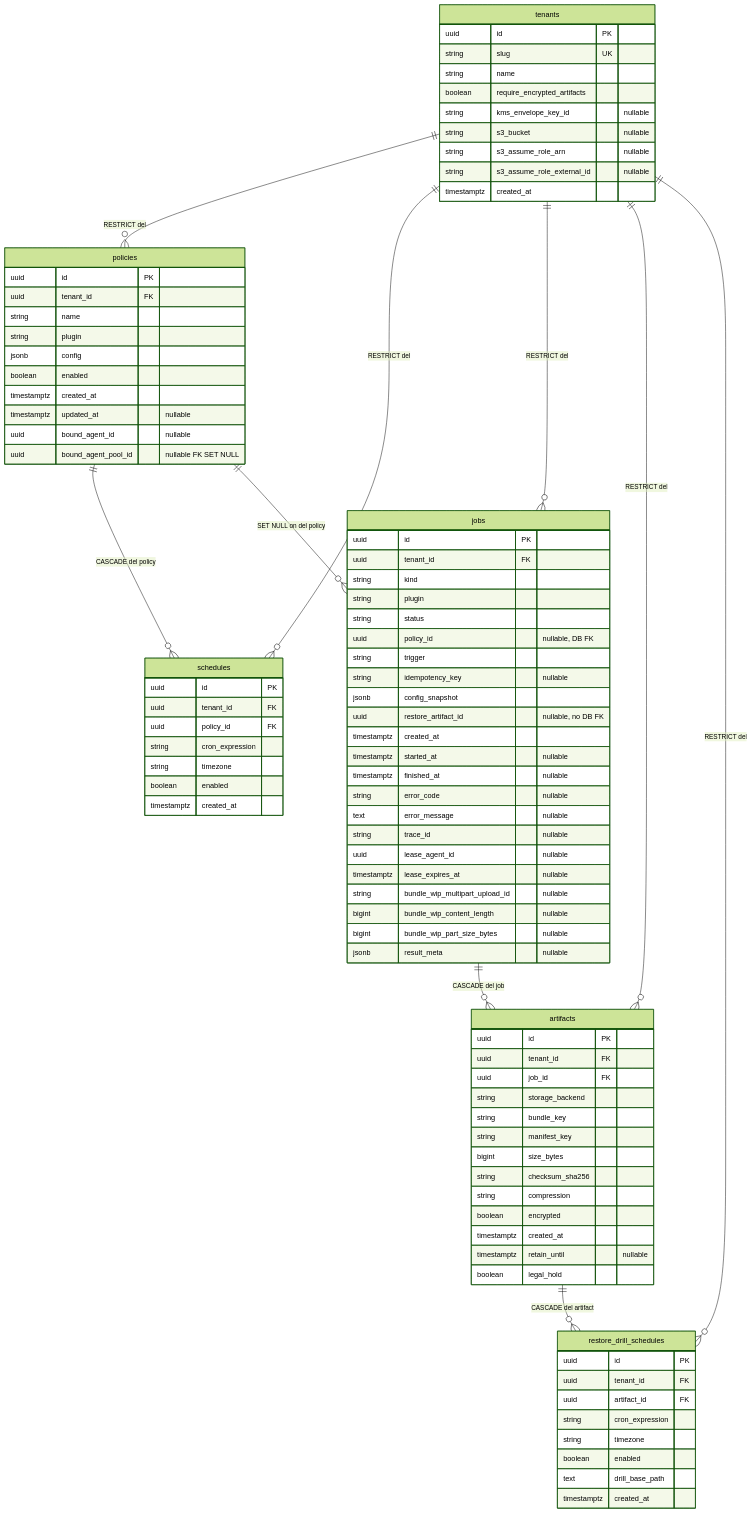
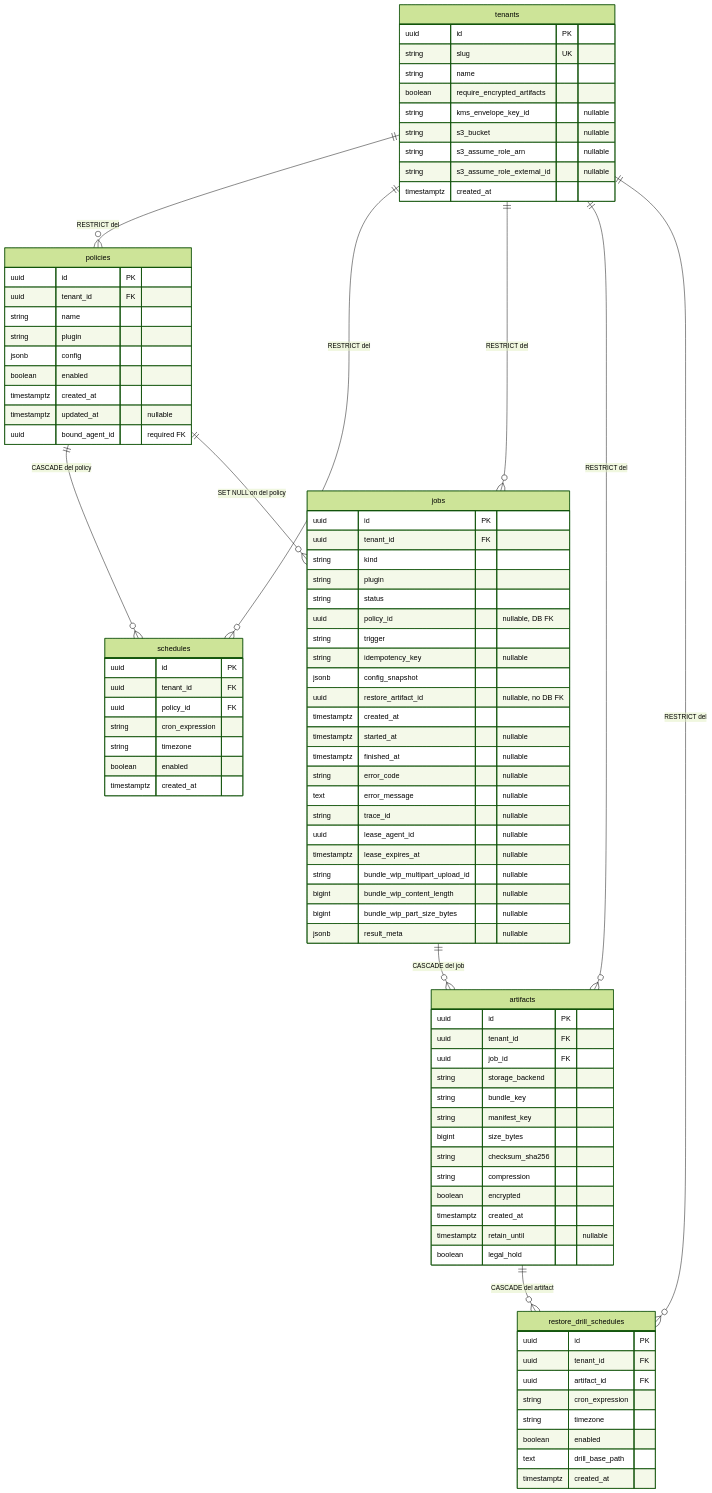
Before and after one commit to skyline93/devault: the first of 2 diagrams in website/docs/engineering/control-plane-database-er.md, drawn with Mermaid (forest theme). The commit also changed other lines of this file and 69 other files, not shown here.

```diff
--- a/website/docs/engineering/control-plane-database-er.md
+++ b/website/docs/engineering/control-plane-database-er.md
@@ -38,8 +38,7 @@
         boolean enabled
         timestamptz created_at
         timestamptz updated_at "nullable"
-        uuid bound_agent_id "nullable"
-        uuid bound_agent_pool_id "nullable FK SET NULL"
+        uuid bound_agent_id "required FK"
     }
 
     schedules {
```
